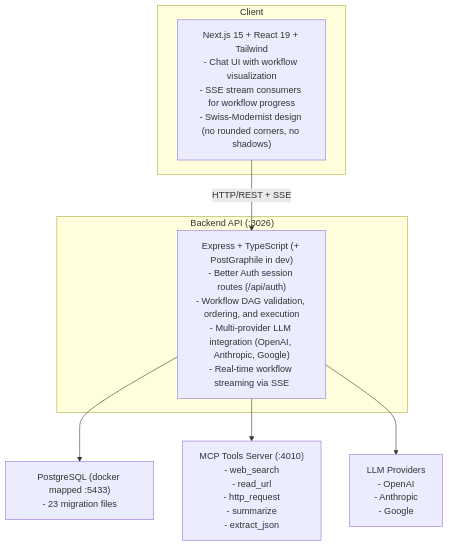
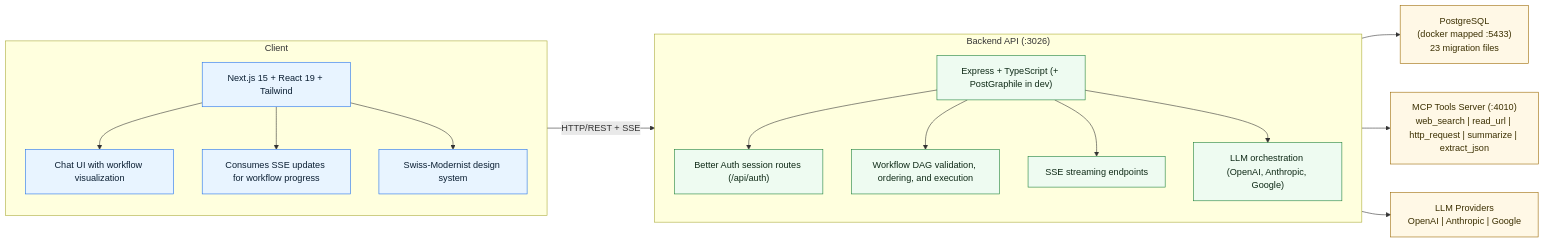
The diagram in README.md (branmcf/tenex-take-home), drawn with Mermaid before and after one commit.

Commit message:
update mermaid

````diff
--- a/README.md
+++ b/README.md
@@ -69,20 +69,44 @@
 ```mermaid
-flowchart TB
+flowchart LR
+    classDef client fill:#e8f4ff,stroke:#1f6feb,color:#0b1f33,stroke-width:1px;
+    classDef backend fill:#eefbf1,stroke:#1a7f37,color:#0f2a17,stroke-width:1px;
+    classDef dep fill:#fff8e6,stroke:#9a6700,color:#3b2f00,stroke-width:1px;
+
     subgraph Client["Client"]
-        FE["Next.js 15 + React 19 + Tailwind<br/>- Chat UI with workflow visualization<br/>- SSE stream consumers for workflow progress<br/>- Swiss-Modernist design (no rounded corners, no shadows)"]
+        direction TB
+        FE["Next.js 15 + React 19 + Tailwind"]
+        FE_UI["Chat UI with workflow visualization"]
+        FE_SSE["Consumes SSE updates for workflow progress"]
+        FE_DS["Swiss-Modernist design system"]
+        FE --> FE_UI
+        FE --> FE_SSE
+        FE --> FE_DS
     end
 
     subgraph Backend["Backend API (:3026)"]
-        API["Express + TypeScript (+ PostGraphile in dev)<br/>- Better Auth session routes (/api/auth)<br/>- Workflow DAG validation, ordering, and execution<br/>- Multi-provider LLM integration (OpenAI, Anthropic, Google)<br/>- Real-time workflow streaming via SSE"]
+        direction TB
+        API["Express + TypeScript (+ PostGraphile in dev)"]
+        BE_AUTH["Better Auth session routes (/api/auth)"]
+        BE_DAG["Workflow DAG validation, ordering, and execution"]
+        BE_SSE["SSE streaming endpoints"]
+        BE_LLM["LLM orchestration (OpenAI, Anthropic, Google)"]
+        API --> BE_AUTH
+        API --> BE_DAG
+        API --> BE_SSE
+        API --> BE_LLM
     end
 
     FE -->|"HTTP/REST + SSE"| API
 
-    DB["PostgreSQL (docker mapped :5433)<br/>- 23 migration files"]
-    MCP["MCP Tools Server (:4010)<br/>- web_search<br/>- read_url<br/>- http_request<br/>- summarize<br/>- extract_json"]
-    LLM["LLM Providers<br/>- OpenAI<br/>- Anthropic<br/>- Google"]
+    DB["PostgreSQL<br/>(docker mapped :5433)<br/>23 migration files"]
+    MCP["MCP Tools Server (:4010)<br/>web_search | read_url | http_request | summarize | extract_json"]
+    LLM["LLM Providers<br/>OpenAI | Anthropic | Google"]
 
     API --> DB
     API --> MCP
     API --> LLM
+
+    class FE,FE_UI,FE_SSE,FE_DS client;
+    class API,BE_AUTH,BE_DAG,BE_SSE,BE_LLM backend;
+    class DB,MCP,LLM dep;
 ```
````
